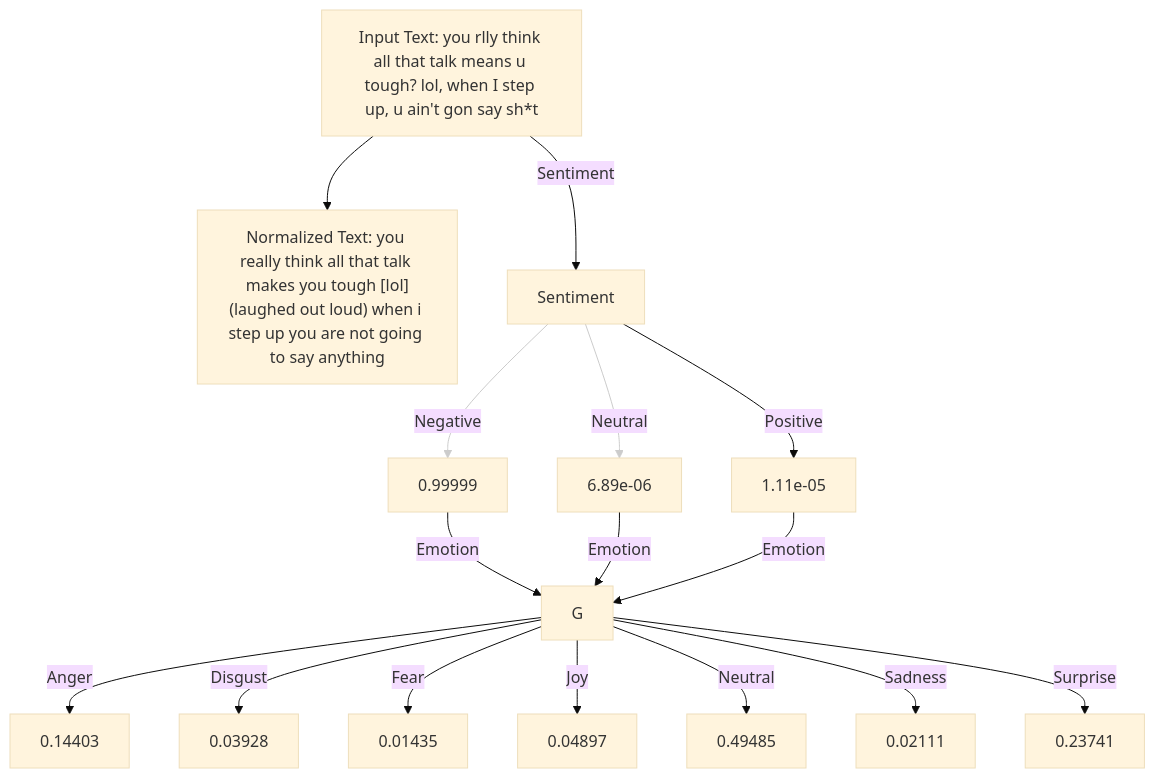
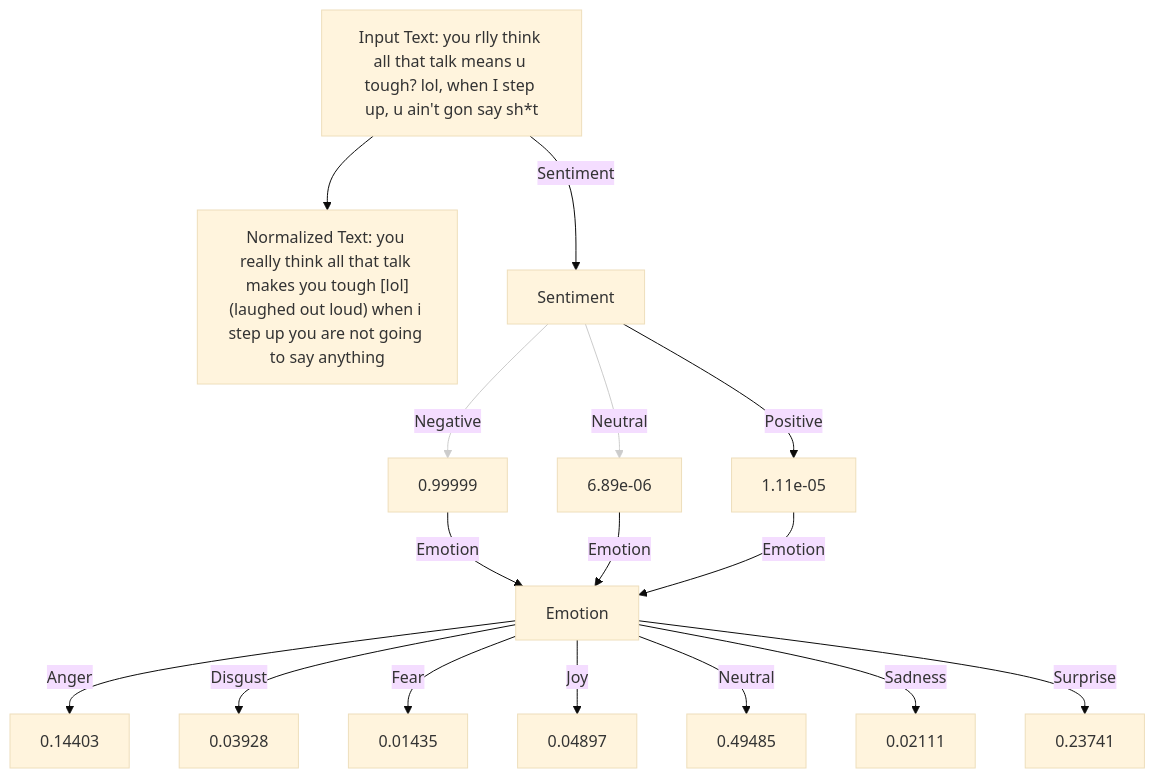
Before and after one commit to ArchismanKarmakar/Tachygraphy-Microtext-Analysis-And-Normalization: the second of 3 diagrams in README.md, drawn with Mermaid (base theme). The commit also changed other lines of this file, not shown here.

````diff
--- a/README.md
+++ b/README.md
@@ -107,33 +109,35 @@
 ```mermaid
 graph TD;
     %% Input and normalized text nodes
     A["Input Text: you rlly think all that talk means u tough? lol, when I step up, u ain't gon say sh*t"]
     B["Normalized Text: you really think all that talk makes you tough [lol](laughed out loud) when i step up you are not going to say anything"]
     C["Sentiment"]
 
     A --> B
     A -->|Sentiment| C
 
     %% Sentiment value nodes
     C -->|Negative| D["0.99999"]
     C -->|Neutral| E["6.89e-06"]
     C -->|Positive| F["1.11e-05"]
 
     %% Converge sentiment nodes to Emotion stage
     D -->|Emotion| G
     E -->|Emotion| G
     F -->|Emotion| G
 
+    G["Emotion"]
+
     %% Emotion nodes: arrow labels show emotion category; nodes show numeric values.
     G -->|Anger| H["0.14403"]
     G -->|Disgust| I["0.03928"]
     G -->|Fear| J["0.01435"]
     G -->|Joy| K["0.04897"]
     G -->|Neutral| L["0.49485"]
     G -->|Sadness| M["0.02111"]
     G -->|Surprise| N["0.23741"]
 
 %% Style the Neutral and Positive sentiment arrows with a lighter stroke.
 linkStyle 2 stroke:#cccccc, stroke-width:1px;
 linkStyle 3 stroke:#cccccc, stroke-width:1px;
 ```
````
